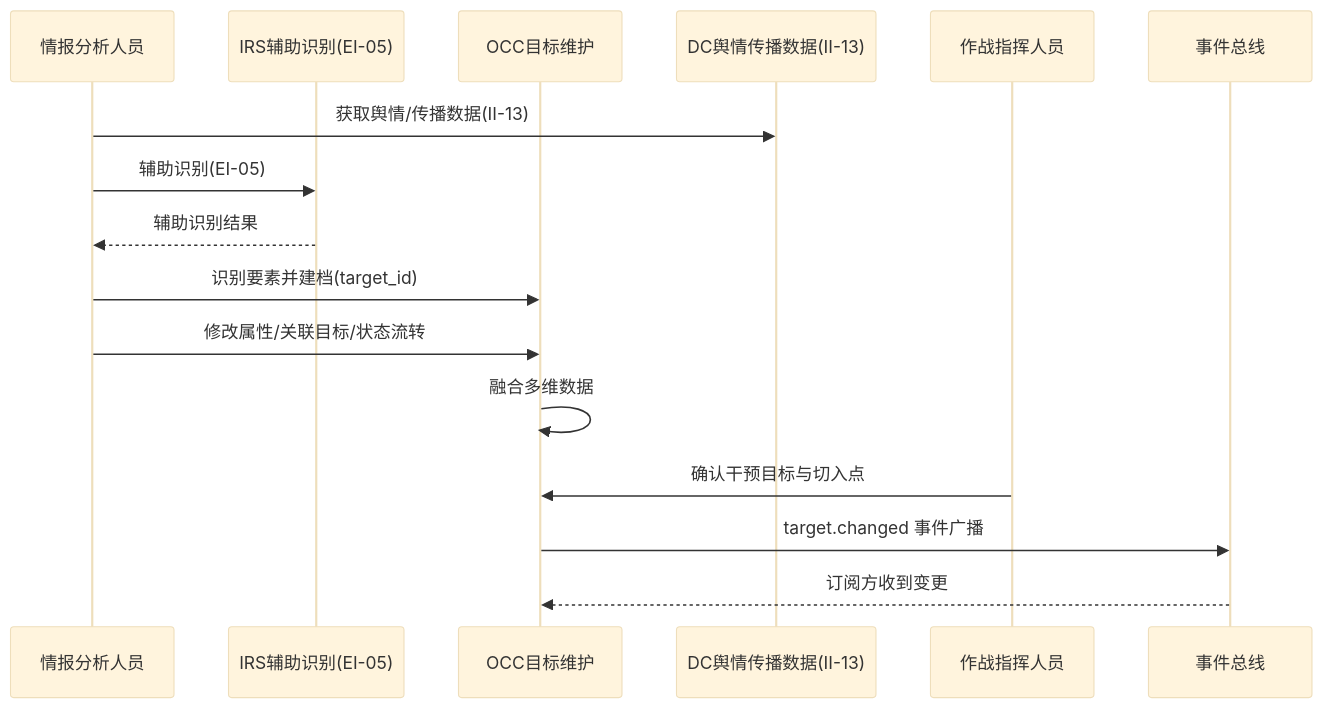
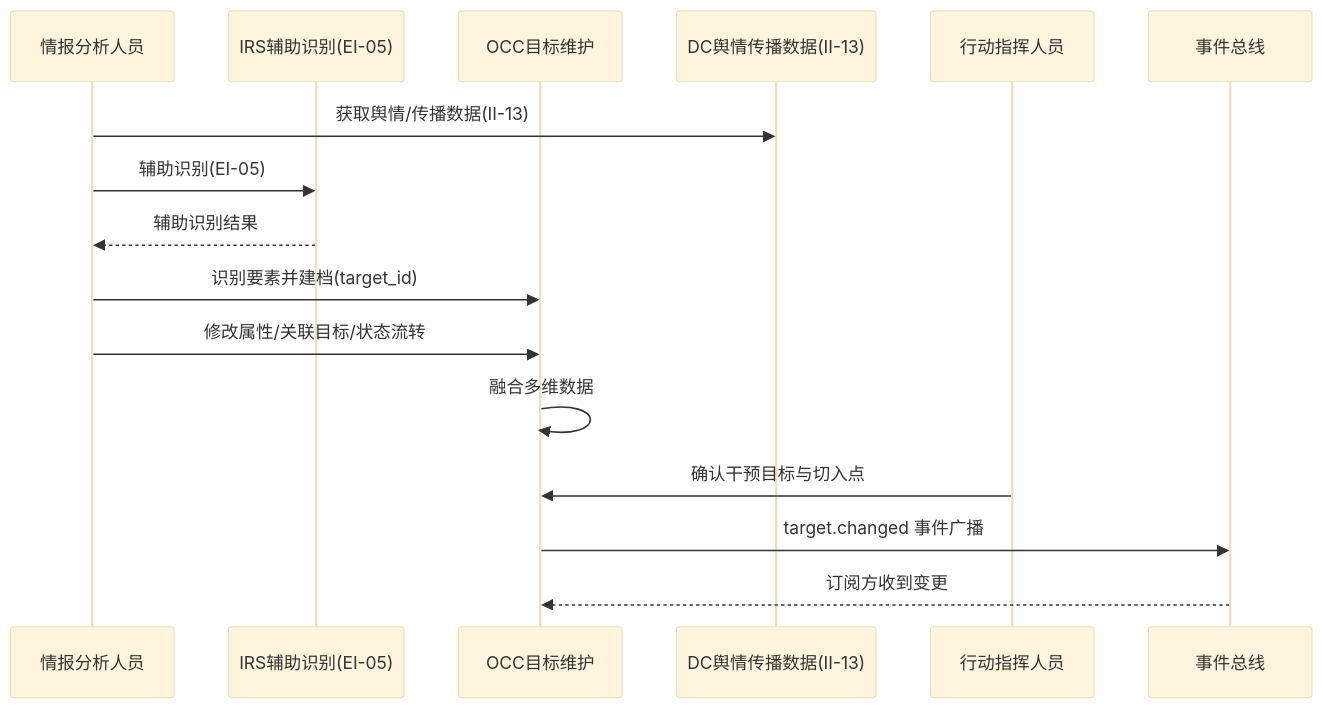
Before and after one commit to Sj-g/obsidian: the second of 12 diagrams in 公司项目/认知作战/文档/SRS/软件需求规格说明-OCC子系统.md, drawn with Mermaid (base theme). The commit also changed other lines of this file and 9 other files, not shown here.

````diff
--- a/公司项目/认知作战/文档/SRS/软件需求规格说明-OCC子系统.md
+++ b/公司项目/认知作战/文档/SRS/软件需求规格说明-OCC子系统.md
@@ -95,18 +95,18 @@
 ```mermaid
 sequenceDiagram
   participant 分析 as 情报分析人员
   participant IRS as IRS辅助识别(EI-05)
   participant OCC as OCC目标维护
   participant DC as DC舆情传播数据(II-13)
-  participant 指挥 as 作战指挥人员
+  participant 指挥 as 行动指挥人员
   participant 总线 as 事件总线
   分析->>DC: 获取舆情/传播数据(II-13)
   分析->>IRS: 辅助识别(EI-05)
   IRS-->>分析: 辅助识别结果
   分析->>OCC: 识别要素并建档(target_id)
   分析->>OCC: 修改属性/关联目标/状态流转
   OCC->>OCC: 融合多维数据
   指挥->>OCC: 确认干预目标与切入点
   OCC->>总线: target.changed 事件广播
   总线-->>OCC: 订阅方收到变更
 ```
````
